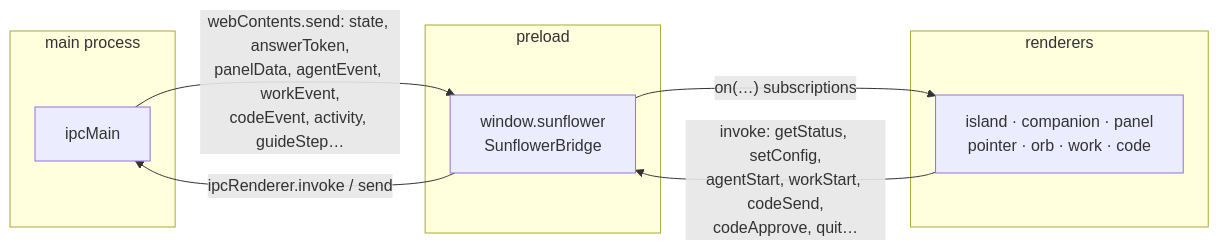
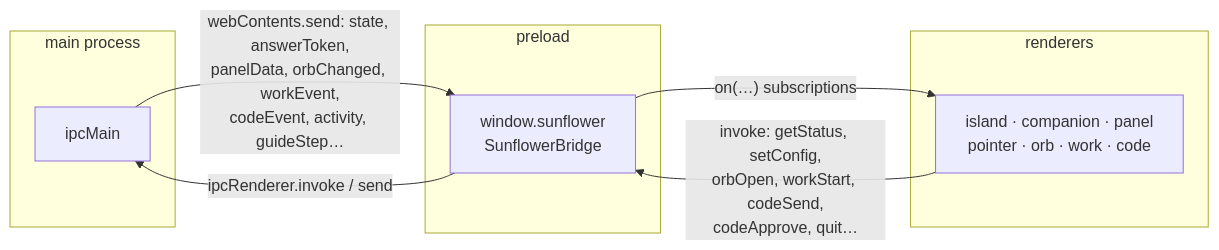
The fourth of 16 diagrams in DOCUMENTATION.md (Tromset/SunFlowerAssistant), drawn with Mermaid before and after one commit. The commit also changed other lines of this file and 34 other files, not shown here.

````diff
--- a/DOCUMENTATION.md
+++ b/DOCUMENTATION.md
@@ -242,17 +242,17 @@
 ```mermaid
 graph LR
     subgraph mainp["main process"]
         m["ipcMain"]
     end
     subgraph pre["preload"]
         b["window.sunflower<br/>SunflowerBridge"]
     end
     subgraph rend["renderers"]
         r["island · companion · panel<br/>pointer · orb · work · code"]
     end
 
-    m -- "webContents.send: state, answerToken,<br/>panelData, agentEvent, workEvent,<br/>codeEvent, activity, guideStep…" --> b
+    m -- "webContents.send: state, answerToken,<br/>panelData, orbChanged, workEvent,<br/>codeEvent, activity, guideStep…" --> b
     b -- "on(…) subscriptions" --> r
-    r -- "invoke: getStatus, setConfig,<br/>agentStart, workStart, codeSend,<br/>codeApprove, quit…" --> b
+    r -- "invoke: getStatus, setConfig,<br/>orbOpen, workStart, codeSend,<br/>codeApprove, quit…" --> b
     b -- "ipcRenderer.invoke / send" --> m
 ```
````
